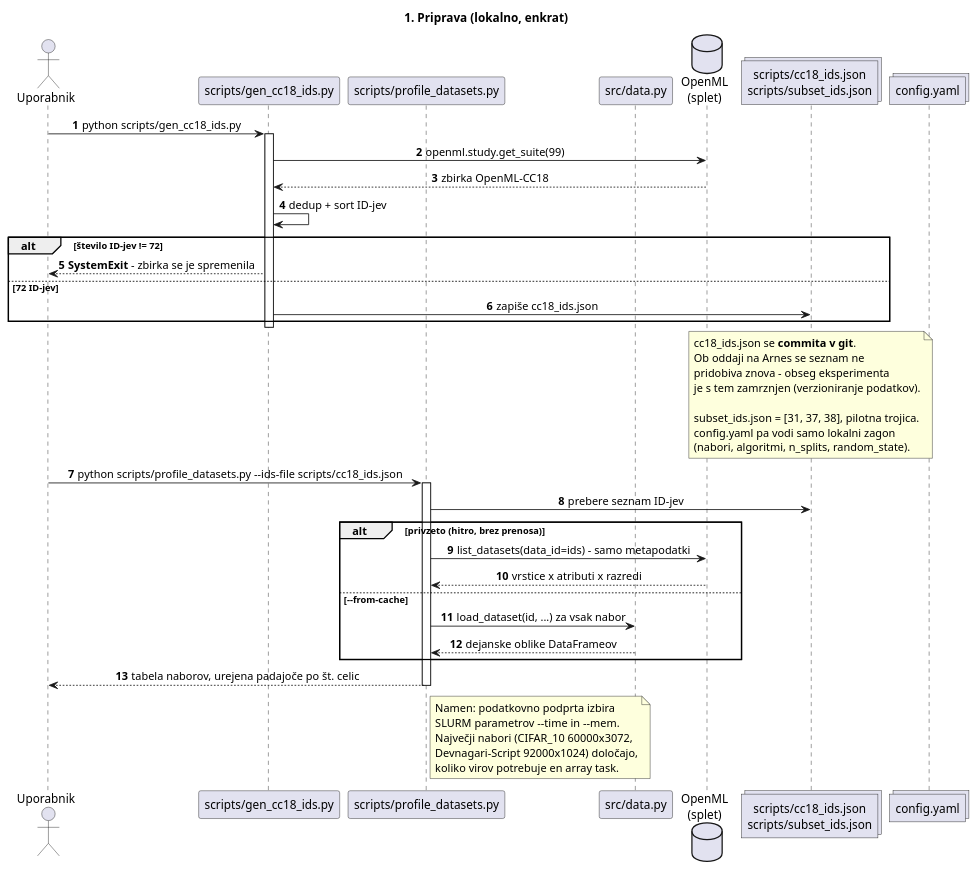
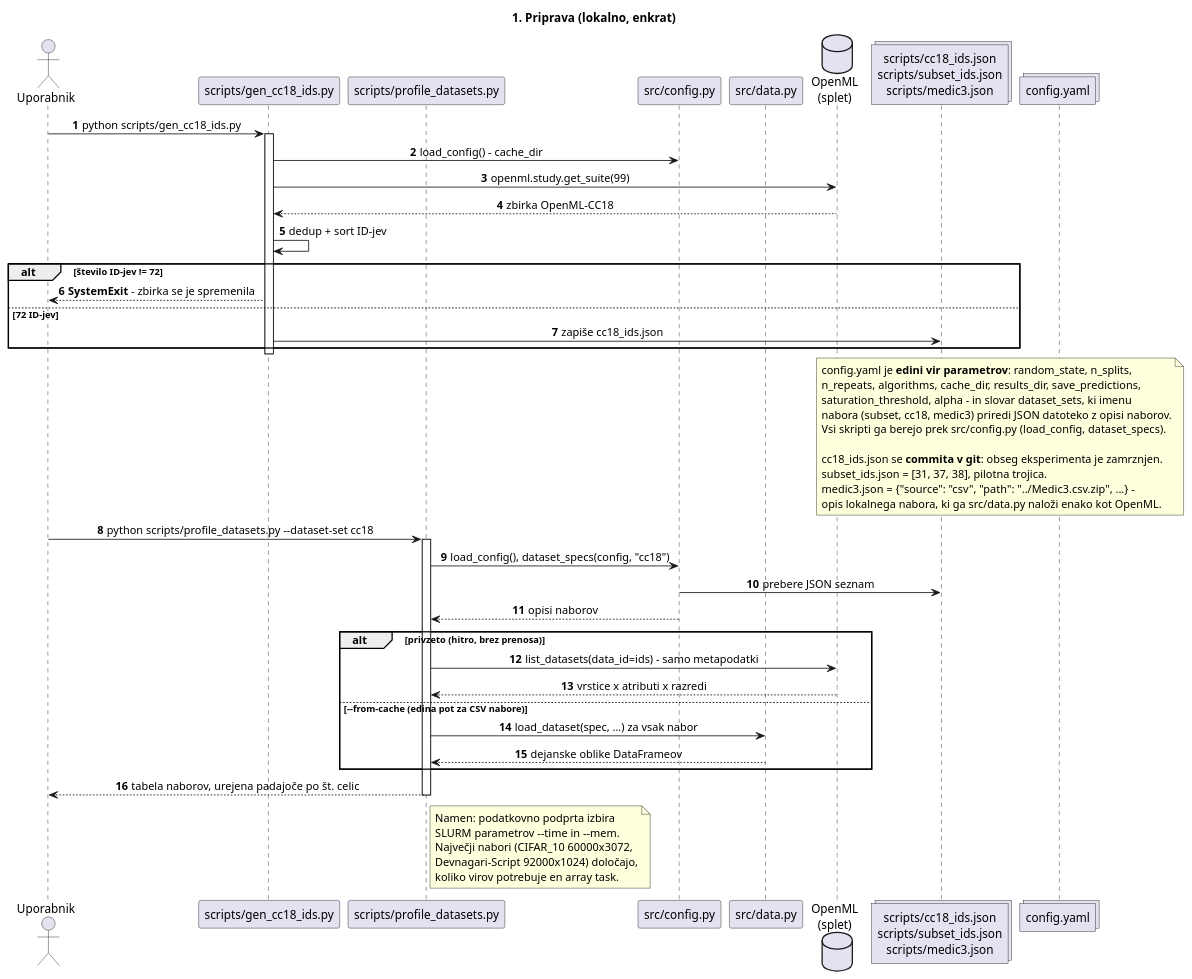
One commit to TilenZrnec/Diplomsko-delo_Koda changed the first of 4 diagrams in razlaga_repozitorija/zaporedje.puml. Above: the diagram before and after it, drawn with PlantUML. The commit also changed other lines of this file and 30 other files, not shown here.

```diff
--- a/razlaga_repozitorija/zaporedje.puml
+++ b/razlaga_repozitorija/zaporedje.puml
@@ -23,59 +23,65 @@
 @startuml 01_priprava
 title 1. Priprava (lokalno, enkrat)
 
 skinparam sequenceMessageAlign center
 autonumber
 
 actor "Uporabnik" as U
 participant "scripts/gen_cc18_ids.py" as GEN
 participant "scripts/profile_datasets.py" as PROF
+participant "src/config.py" as CFGPY
 participant "src/data.py" as DATA
 database "OpenML\n(splet)" as OML
-collections "scripts/cc18_ids.json\nscripts/subset_ids.json" as IDS
+collections "scripts/cc18_ids.json\nscripts/subset_ids.json\nscripts/medic3.json" as IDS
 collections "config.yaml" as CFG
 
 U -> GEN : python scripts/gen_cc18_ids.py
 activate GEN
+GEN -> CFGPY : load_config() - cache_dir
 GEN -> OML : openml.study.get_suite(99)
 OML --> GEN : zbirka OpenML-CC18
 GEN -> GEN : dedup + sort ID-jev
 alt število ID-jev != 72
     GEN --> U : **SystemExit** - zbirka se je spremenila
 else 72 ID-jev
     GEN -> IDS : zapiše cc18_ids.json
 end
 deactivate GEN
 
-note over IDS
-  cc18_ids.json se **commita v git**.
-  Ob oddaji na Arnes se seznam ne
-  pridobiva znova - obseg eksperimenta
-  je s tem zamrznjen (verzioniranje podatkov).
+note over IDS, CFG
+  config.yaml je **edini vir parametrov**: random_state, n_splits,
+  n_repeats, algorithms, cache_dir, results_dir, save_predictions,
+  saturation_threshold, alpha - in slovar dataset_sets, ki imenu
+  nabora (subset, cc18, medic3) priredi JSON datoteko z opisi naborov.
+  Vsi skripti ga berejo prek src/config.py (load_config, dataset_specs).
 
+  cc18_ids.json se **commita v git**: obseg eksperimenta je zamrznjen.
   subset_ids.json = [31, 37, 38], pilotna trojica.
-  config.yaml pa vodi samo lokalni zagon
-  (nabori, algoritmi, n_splits, random_state).
+  medic3.json = {"source": "csv", "path": "../Medic3.csv.zip", ...} -
+  opis lokalnega nabora, ki ga src/data.py naloži enako kot OpenML.
 end note
 
-U -> PROF : python scripts/profile_datasets.py ~--ids-file scripts/cc18_ids.json
+U -> PROF : python scripts/profile_datasets.py ~--dataset-set cc18
 activate PROF
-PROF -> IDS : prebere seznam ID-jev
+PROF -> CFGPY : load_config(), dataset_specs(config, "cc18")
+CFGPY -> IDS : prebere JSON seznam
+CFGPY --> PROF : opisi naborov
 alt privzeto (hitro, brez prenosa)
     PROF -> OML : list_datasets(data_id=ids) - samo metapodatki
     OML --> PROF : vrstice x atributi x razredi
-else ~--from-cache
-    PROF -> DATA : load_dataset(id, ...) za vsak nabor
+else ~--from-cache (edina pot za CSV nabore)
+    PROF -> DATA : load_dataset(spec, ...) za vsak nabor
     DATA --> PROF : dejanske oblike DataFrameov
 end
 PROF --> U : tabela naborov, urejena padajoče po št. celic
 deactivate PROF
 
 note right of PROF
   Namen: podatkovno podprta izbira
   SLURM parametrov ~--time in ~--mem.
   Največji nabori (CIFAR_10 60000x3072,
   Devnagari-Script 92000x1024) določajo,
   koliko virov potrebuje en array task.
 end note
 
 @enduml
```
